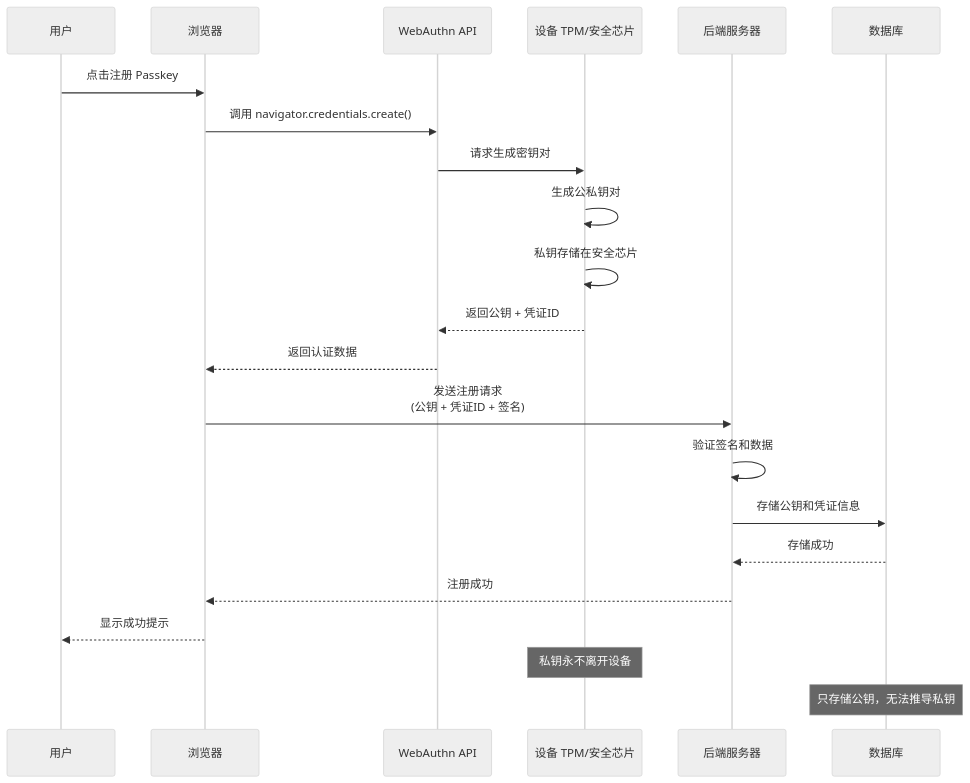
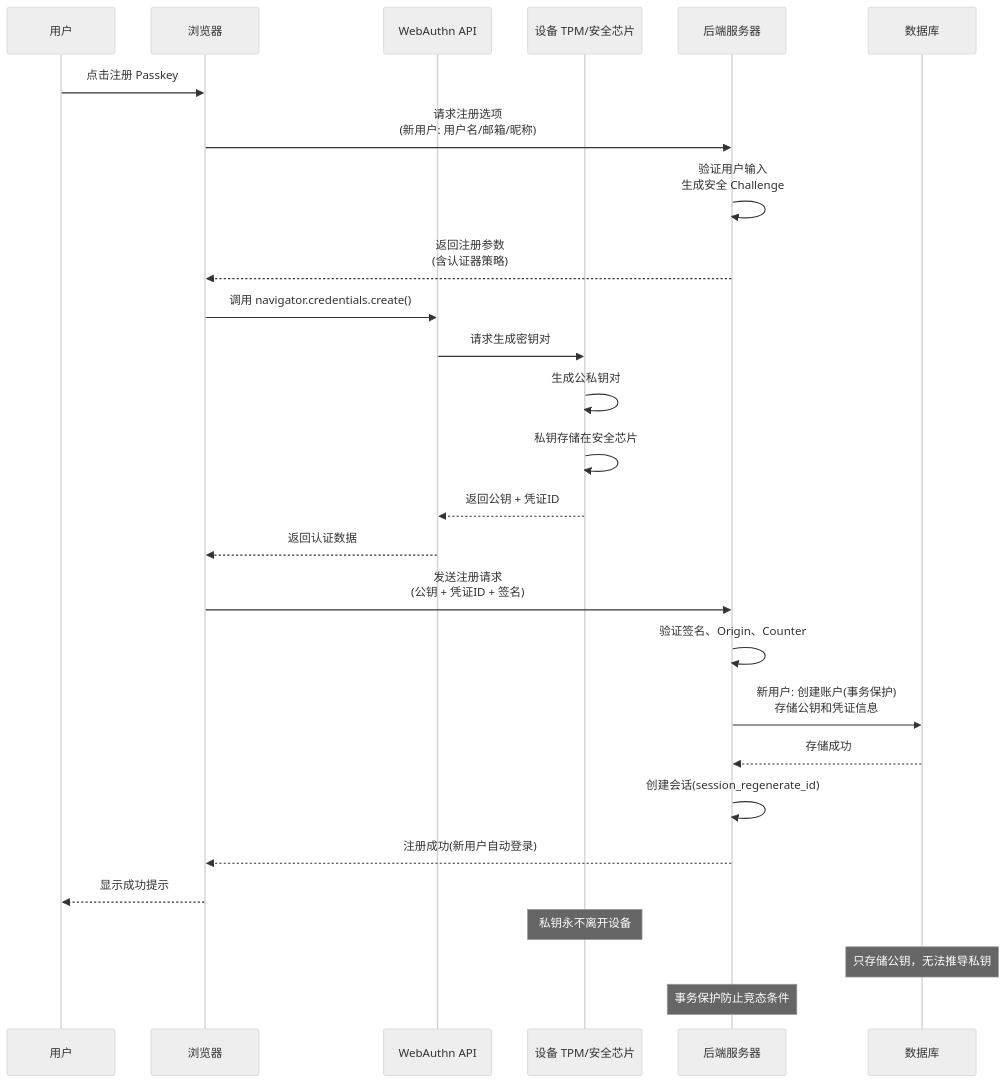
One commit to little-gt/Passkey changed the second of 3 diagrams in SECURITY.md. Above: the diagram before and after it, drawn with Mermaid (neutral theme). The commit also changed other lines of this file and 6 other files, not shown here.

````diff
--- a/SECURITY.md
+++ b/SECURITY.md
@@ -56,26 +56,31 @@
 ```mermaid
 sequenceDiagram
     participant U as 用户
     participant B as 浏览器
     participant W as WebAuthn API
     participant D as 设备 TPM/安全芯片
     participant S as 后端服务器
     participant DB as 数据库
     
     U->>B: 点击注册 Passkey
+    B->>S: 请求注册选项<br/>(新用户: 用户名/邮箱/昵称)
+    S->>S: 验证用户输入<br/>生成安全 Challenge
+    S-->>B: 返回注册参数<br/>(含认证器策略)
     B->>W: 调用 navigator.credentials.create()
     W->>D: 请求生成密钥对
     D->>D: 生成公私钥对
     D->>D: 私钥存储在安全芯片
     D-->>W: 返回公钥 + 凭证ID
     W-->>B: 返回认证数据
     B->>S: 发送注册请求<br/>(公钥 + 凭证ID + 签名)
-    S->>S: 验证签名和数据
-    S->>DB: 存储公钥和凭证信息
+    S->>S: 验证签名、Origin、Counter
+    S->>DB: 新用户: 创建账户(事务保护)<br/>存储公钥和凭证信息
     DB-->>S: 存储成功
-    S-->>B: 注册成功
+    S->>S: 创建会话(session_regenerate_id)
+    S-->>B: 注册成功(新用户自动登录)
     B-->>U: 显示成功提示
     
     Note over D: 私钥永不离开设备
     Note over DB: 只存储公钥，无法推导私钥
+    Note over S: 事务保护防止竞态条件
 ```
````
